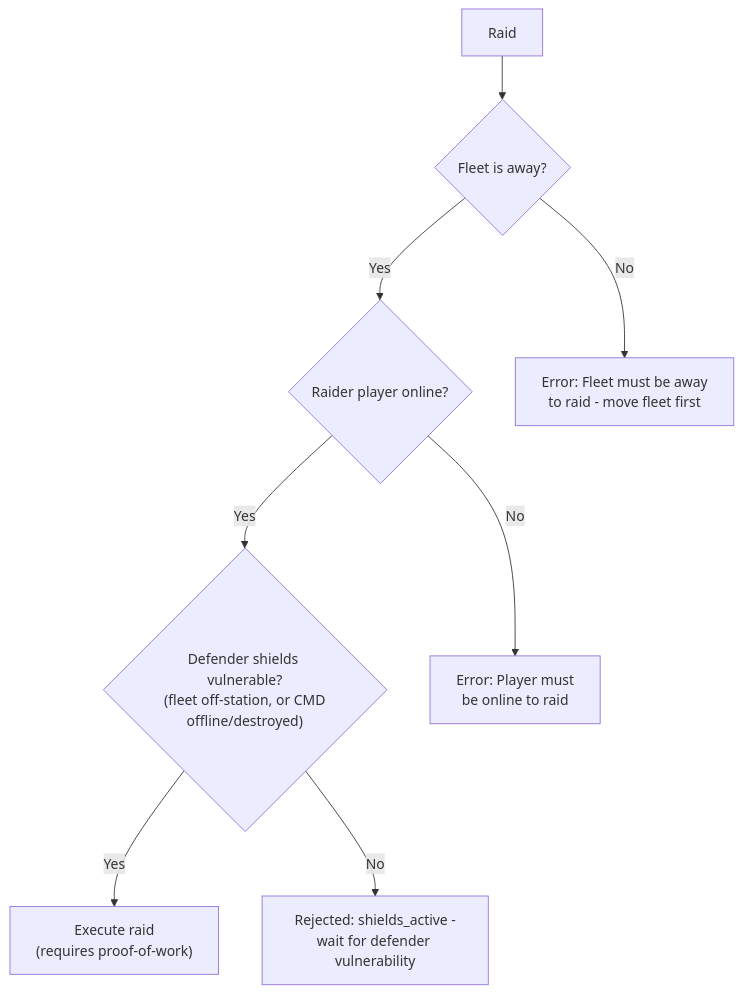
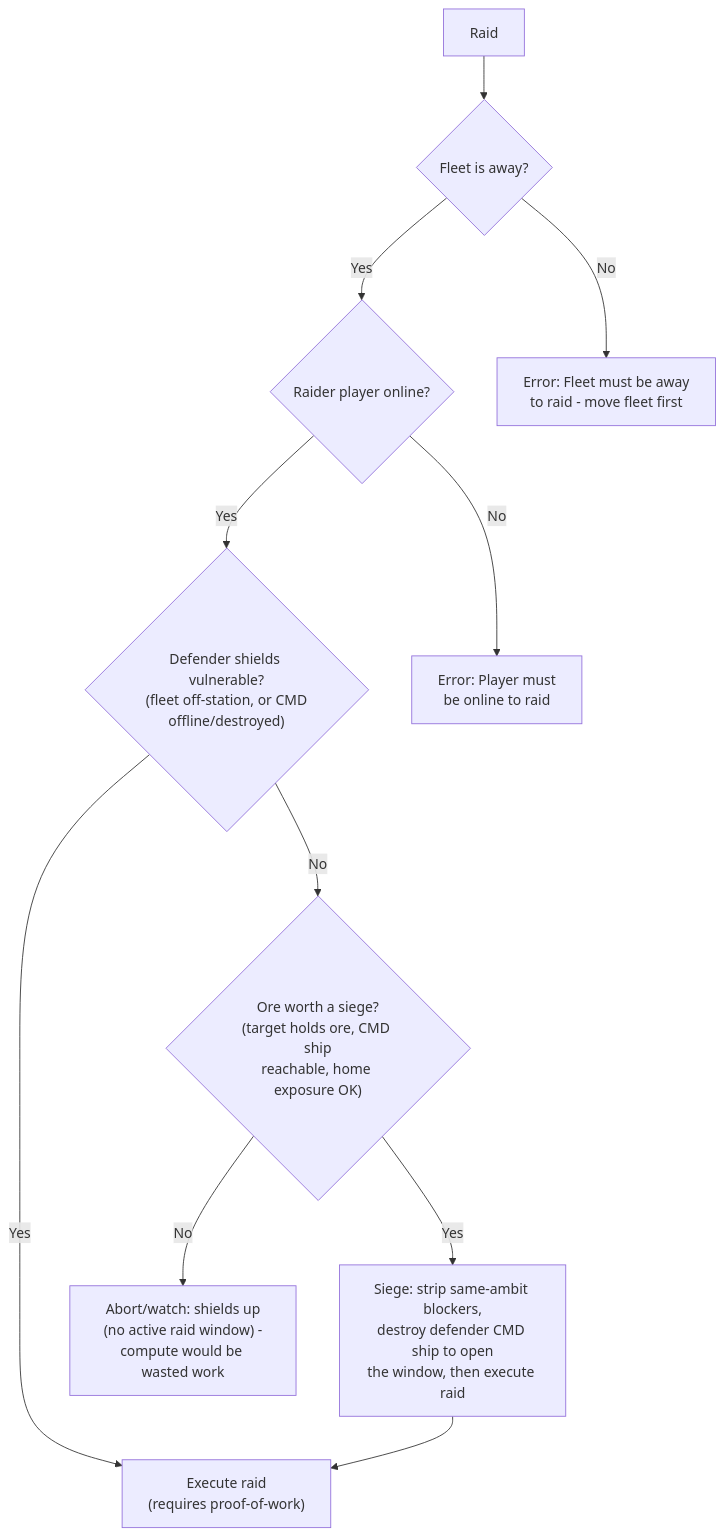
The second of 4 diagrams in patterns/decision-tree-combat.md (playstructs/structs-ai), drawn with Mermaid before and after one commit. The commit also changed other lines of this file and 12 other files, not shown here.

````diff
--- a/patterns/decision-tree-combat.md
+++ b/patterns/decision-tree-combat.md
@@ -27,10 +27,13 @@
 ```mermaid
 flowchart TD
     raidStart["Raid"] --> fleetCheck{"Fleet is away?"}
     fleetCheck -->|Yes| playerCheck{"Raider player online?"}
     fleetCheck -->|No| errFleet["Error: Fleet must be away\nto raid - move fleet first"]
     playerCheck -->|Yes| shieldCheck{"Defender shields vulnerable?\n(fleet off-station, or CMD\noffline/destroyed)"}
     playerCheck -->|No| errPlayer["Error: Player must\nbe online to raid"]
     shieldCheck -->|Yes| executeRaid["Execute raid\n(requires proof-of-work)"]
-    shieldCheck -->|No| errShield["Rejected: shields_active -\nwait for defender vulnerability"]
+    shieldCheck -->|No| createVuln{"Ore worth a siege?\n(target holds ore, CMD ship\nreachable, home exposure OK)"}
+    createVuln -->|Yes| siege["Siege: strip same-ambit blockers,\ndestroy defender CMD ship to open\nthe window, then execute raid"]
+    createVuln -->|No| errShield["Abort/watch: shields up\n(no active raid window) -\ncompute would be wasted work"]
+    siege --> executeRaid
 ```
````
